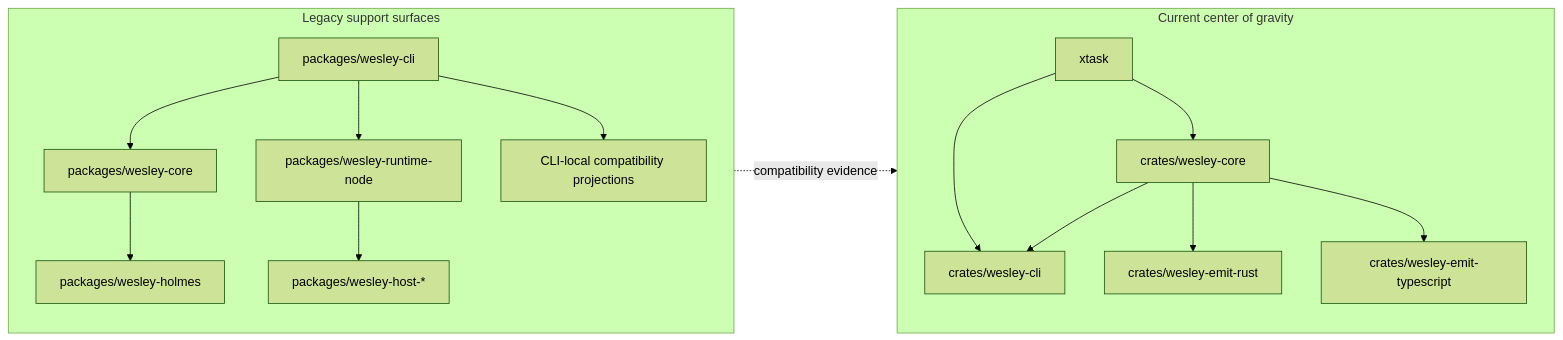
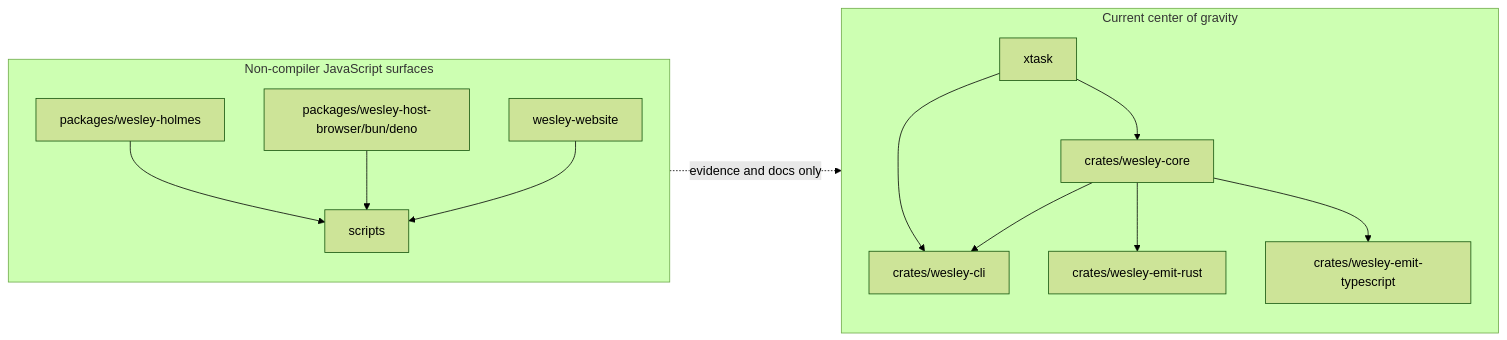
The fifth of 24 diagrams in docs/END_TO_END.md (flyingrobots/wesley), drawn with Mermaid (forest theme) before and after one commit. The commit also changed other lines of this file and 364 other files, not shown here.

Commit message:
feat(node-retirement): close legacy Node compiler surface

````diff
--- a/docs/END_TO_END.md
+++ b/docs/END_TO_END.md
@@ -207,32 +206,28 @@
 ```mermaid
 flowchart LR
     subgraph CurrentCenter["Current center of gravity"]
         Core[crates/wesley-core]
         Cli[crates/wesley-cli]
         EmitRust[crates/wesley-emit-rust]
         EmitTS[crates/wesley-emit-typescript]
         Xtask[xtask]
     end
 
-    subgraph LegacySupport["Legacy support surfaces"]
-        JsCore[packages/wesley-core]
-        JsCli[packages/wesley-cli]
-        RuntimeNode[packages/wesley-runtime-node]
-        CompatProjection[CLI-local compatibility projections]
+    subgraph NonCompilerJS["Non-compiler JavaScript surfaces"]
         Holmes[packages/wesley-holmes]
-        Hosts[packages/wesley-host-*]
+        Hosts[packages/wesley-host-browser/bun/deno]
+        Website[wesley-website]
+        Tooling[scripts]
     end
 
     Core --> Cli
     Core --> EmitRust
     Core --> EmitTS
     Xtask --> Core
     Xtask --> Cli
-    JsCli --> JsCore
-    JsCli --> RuntimeNode
-    JsCli --> CompatProjection
-    JsCore --> Holmes
-    RuntimeNode --> Hosts
+    Holmes --> Tooling
+    Hosts --> Tooling
+    Website --> Tooling
 
-    LegacySupport -. compatibility evidence .-> CurrentCenter
+    NonCompilerJS -. evidence and docs only .-> CurrentCenter
 ```
````
